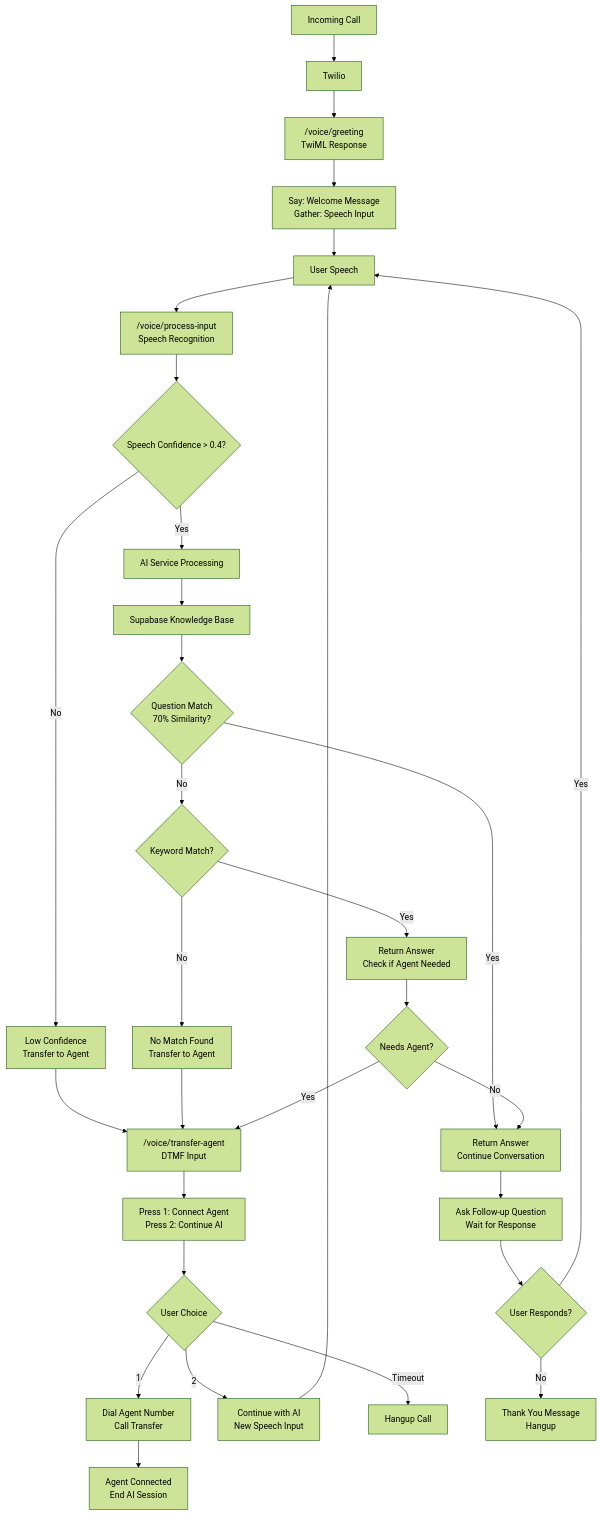
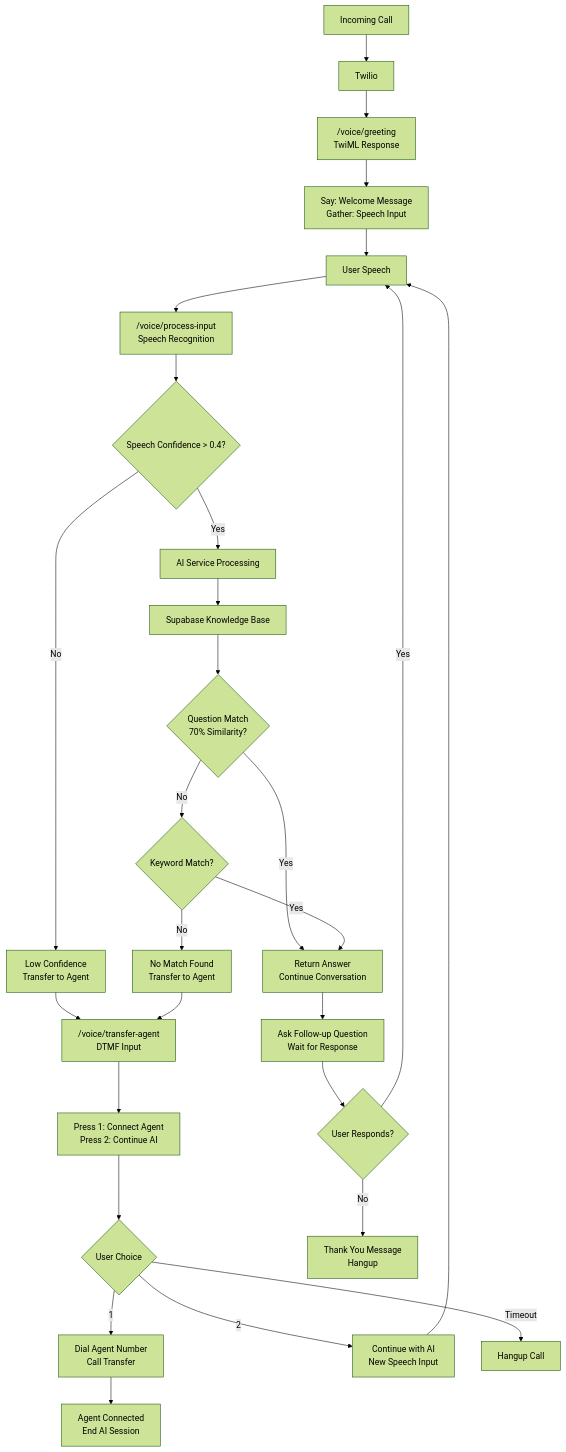
The diagram in README.md (nectro/sei_test), drawn with Mermaid (forest theme) before and after one commit.

Commit message:
Fix: mermaid diagram in readme

````diff
--- a/README.md
+++ b/README.md
@@ -110,41 +110,38 @@
 ```mermaid
 graph TD
     A[Incoming Call] --> B[Twilio]
     B --> C["/voice/greeting<br/>TwiML Response"]
     C --> D["Say: Welcome Message<br/>Gather: Speech Input"]
     D --> E[User Speech]
     E --> F["/voice/process-input<br/>Speech Recognition"]
     F --> G{Speech Confidence > 0.4?}
     
     G -->|No| H["Low Confidence<br/>Transfer to Agent"]
     G -->|Yes| I[AI Service Processing]
     
     I --> J[Supabase Knowledge Base]
     J --> K{Question Match<br/>70% Similarity?}
     
     K -->|Yes| L["Return Answer<br/>Continue Conversation"]
     K -->|No| M{Keyword Match?}
     
-    M -->|Yes| N["Return Answer<br/>Check if Agent Needed"]
+    M -->|Yes| L
     M -->|No| O["No Match Found<br/>Transfer to Agent"]
     
     H --> P["/voice/transfer-agent<br/>DTMF Input"]
     O --> P
-    N --> Q{Needs Agent?}
-    Q -->|Yes| P
-    Q -->|No| L
     
     P --> R["Press 1: Connect Agent<br/>Press 2: Continue AI"]
     R --> S{User Choice}
     S -->|1| T["Dial Agent Number<br/>Call Transfer"]
     S -->|2| U["Continue with AI<br/>New Speech Input"]
     S -->|Timeout| V["Hangup Call"]
     
     L --> W["Ask Follow-up Question<br/>Wait for Response"]
     W --> X{User Responds?}
     X -->|Yes| E
     X -->|No| Y["Thank You Message<br/>Hangup"]
     
     T --> Z["Agent Connected<br/>End AI Session"]
     U --> E
 ```
````
